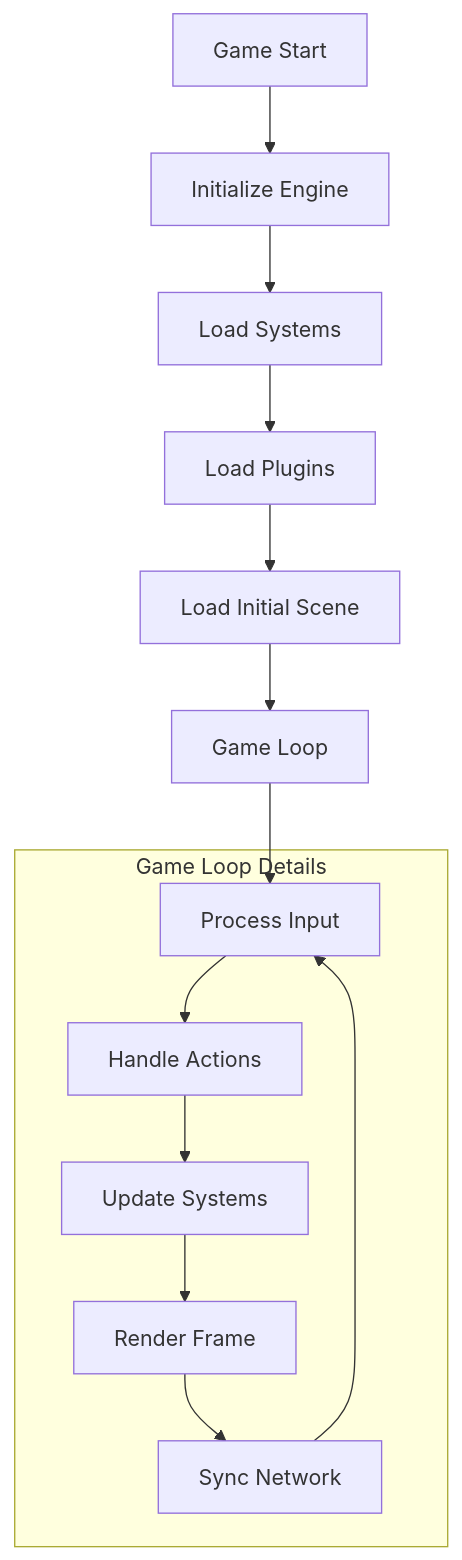
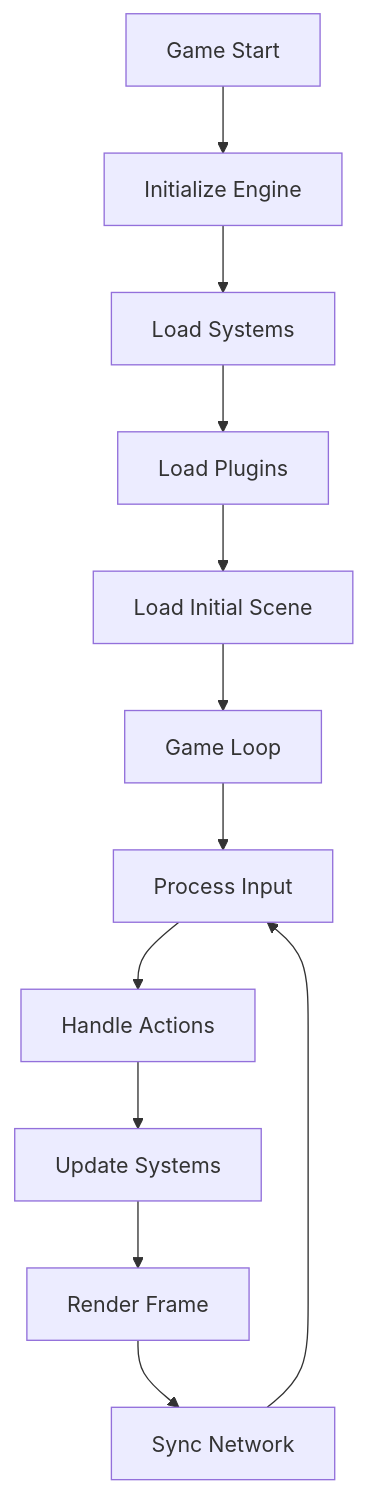
The sixth of 7 diagrams in docs/ENGINE_ARCHITECTURE.md (NowakAydm/GameBoilerplate), drawn with Mermaid before and after one commit. The commit also changed other lines of this file and 1 other file, not shown here.

````diff
--- a/docs/ENGINE_ARCHITECTURE.md
+++ b/docs/ENGINE_ARCHITECTURE.md
@@ -298,30 +237,5 @@
 ```mermaid
 graph TD
-    Start[Game Start]
-    Init[Initialize Engine]
-    LoadSystems[Load Systems]
-    LoadPlugins[Load Plugins]
-    LoadScene[Load Initial Scene]
-    GameLoop[Game Loop]
-    
-    Start --> Init
-    Init --> LoadSystems
-    LoadSystems --> LoadPlugins
-    LoadPlugins --> LoadScene
-    LoadScene --> GameLoop
-    
-    subgraph "Game Loop Details"
-        Input[Process Input]
-        Actions[Handle Actions]
-        Update[Update Systems]
-        Render[Render Frame]
-        Network[Sync Network]
-    end
-    
-    GameLoop --> Input
-    Input --> Actions
-    Actions --> Update
-    Update --> Render
-    Render --> Network
-    Network --> Input
+    Start[Game Start] --> Init[Initialize Engine] --> LoadSystems[Load Systems] --> LoadPlugins[Load Plugins] --> LoadScene[Load Initial Scene] --> GameLoop[Game Loop]
+    GameLoop --> Input[Process Input] --> Actions[Handle Actions] --> Update[Update Systems] --> Render[Render Frame] --> Network[Sync Network] --> Input
 ```
````
